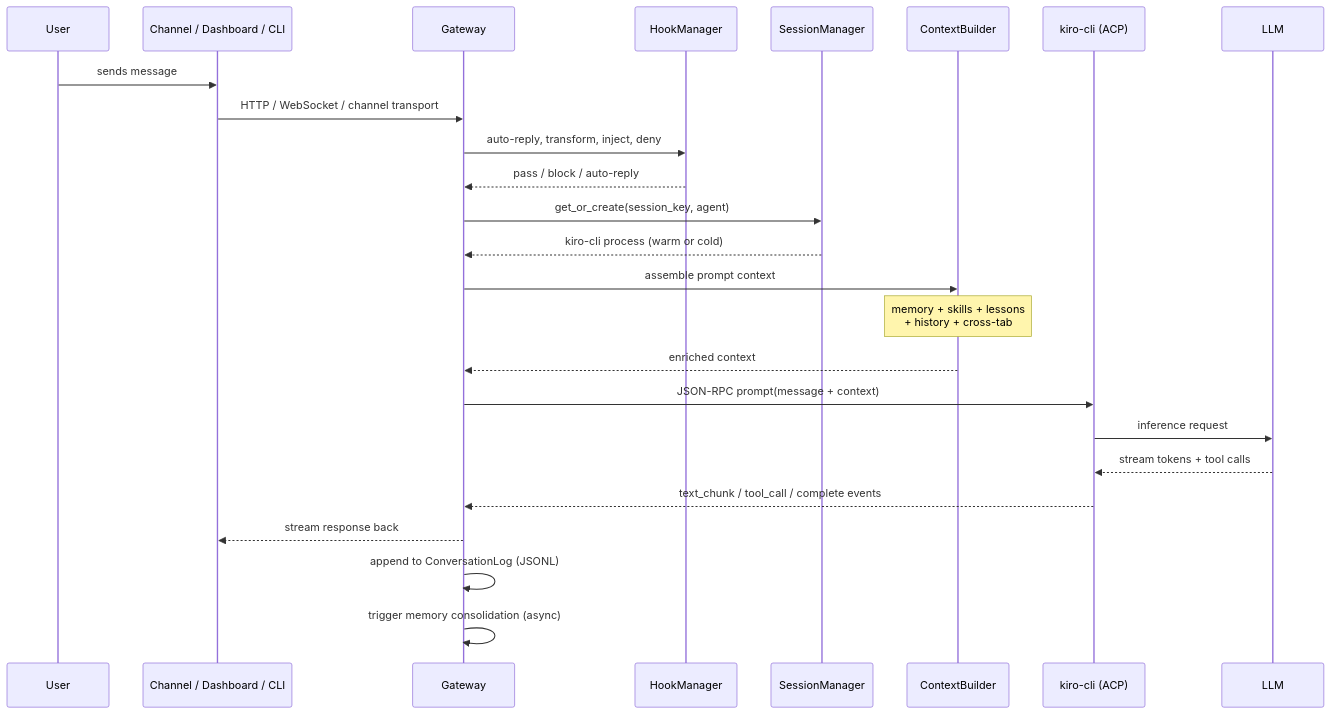
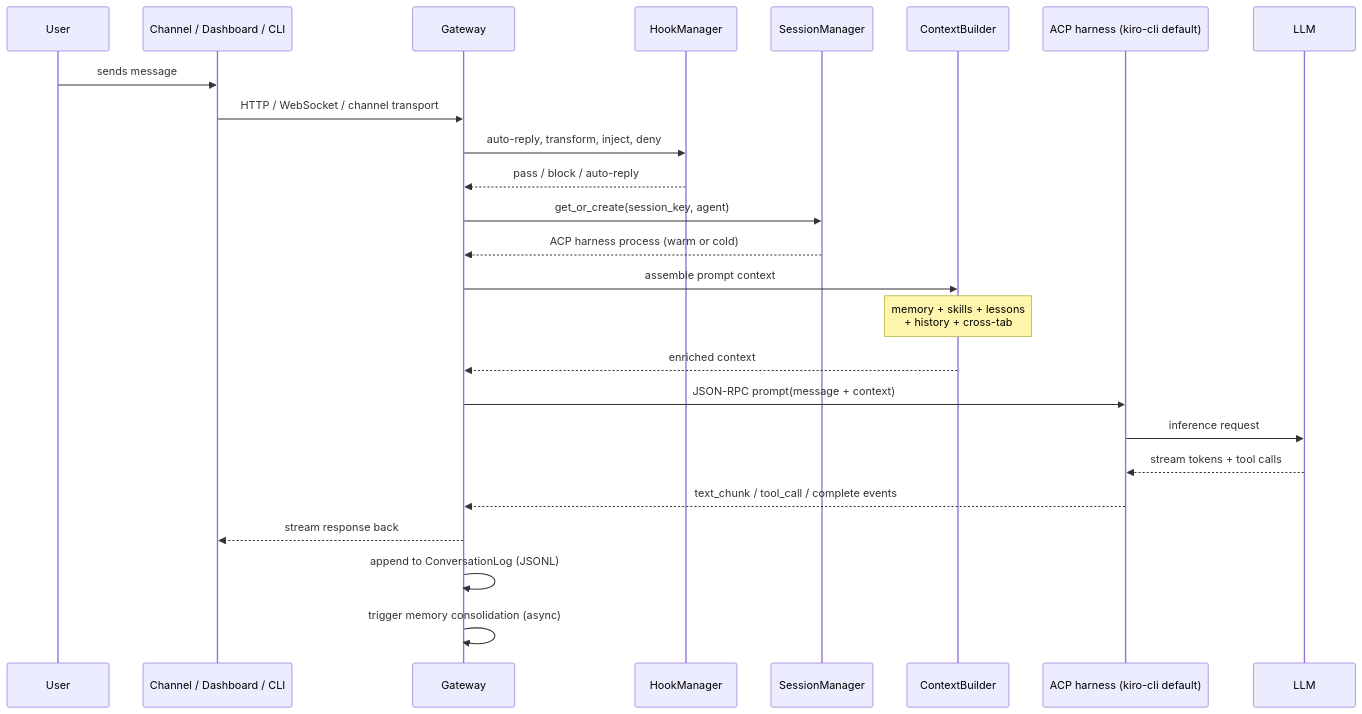
The second of 9 diagrams in docs/architecture/overview.md (kirodotdev/KiroCrew), drawn with Mermaid before and after one commit. The commit also changed other lines of this file and 264 other files, not shown here.

````diff
--- a/docs/architecture/overview.md
+++ b/docs/architecture/overview.md
@@ -111,28 +116,28 @@
 ```mermaid
 sequenceDiagram
     participant User
     participant Surface as Channel / Dashboard / CLI
     participant GW as Gateway
     participant Hooks as HookManager
     participant Session as SessionManager
     participant Context as ContextBuilder
-    participant ACP as kiro-cli (ACP)
+    participant ACP as ACP harness (kiro-cli default)
     participant LLM as LLM
 
     User->>Surface: sends message
     Surface->>GW: HTTP / WebSocket / channel transport
     GW->>Hooks: auto-reply, transform, inject, deny
     Hooks-->>GW: pass / block / auto-reply
     GW->>Session: get_or_create(session_key, agent)
-    Session-->>GW: kiro-cli process (warm or cold)
+    Session-->>GW: ACP harness process (warm or cold)
     GW->>Context: assemble prompt context
     Note over Context: memory + skills + lessons<br/>+ history + cross-tab
     Context-->>GW: enriched context
     GW->>ACP: JSON-RPC prompt(message + context)
     ACP->>LLM: inference request
     LLM-->>ACP: stream tokens + tool calls
     ACP-->>GW: text_chunk / tool_call / complete events
     GW-->>Surface: stream response back
     GW->>GW: append to ConversationLog (JSONL)
     GW->>GW: trigger memory consolidation (async)
 ```
````
